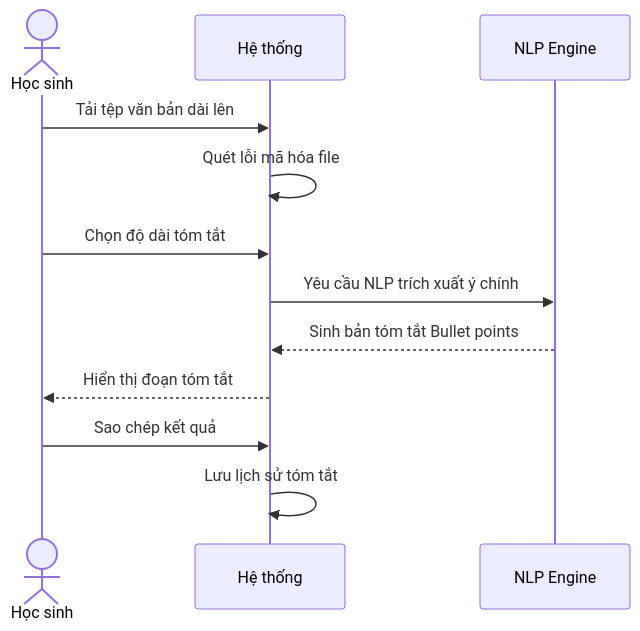
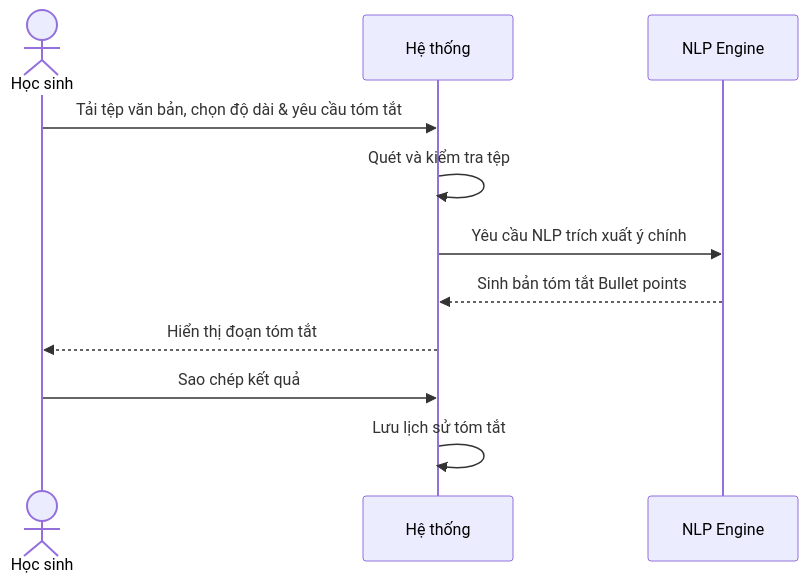
The seventh of 8 diagrams in docs/usecase/nhom_5_magicstudent.md (Cong-ty-TNNH-Q-Tech/Q-School), drawn with Mermaid before and after one commit. The commit also changed other lines of this file and 4 other files, not shown here.

Commit message:
docs(usecase): standardize all tables and sequence diagrams, fix temporal logic and AI roles

````diff
--- a/docs/usecase/nhom_5_magicstudent.md
+++ b/docs/usecase/nhom_5_magicstudent.md
@@ -227,15 +192,14 @@
 ```mermaid
 sequenceDiagram
     actor HS as Học sinh
     participant HT as Hệ thống
     participant AI as NLP Engine
 
-    HS->>HT: Tải tệp văn bản dài lên
-    HT->>HT: Quét lỗi mã hóa file
-    HS->>HT: Chọn độ dài tóm tắt
+    HS->>HT: Tải tệp văn bản, chọn độ dài & yêu cầu tóm tắt
+    HT->>HT: Quét và kiểm tra tệp
     HT->>AI: Yêu cầu NLP trích xuất ý chính
     AI-->>HT: Sinh bản tóm tắt Bullet points
     HT-->>HS: Hiển thị đoạn tóm tắt
     HS->>HT: Sao chép kết quả
     HT->>HT: Lưu lịch sử tóm tắt
 ```
````
